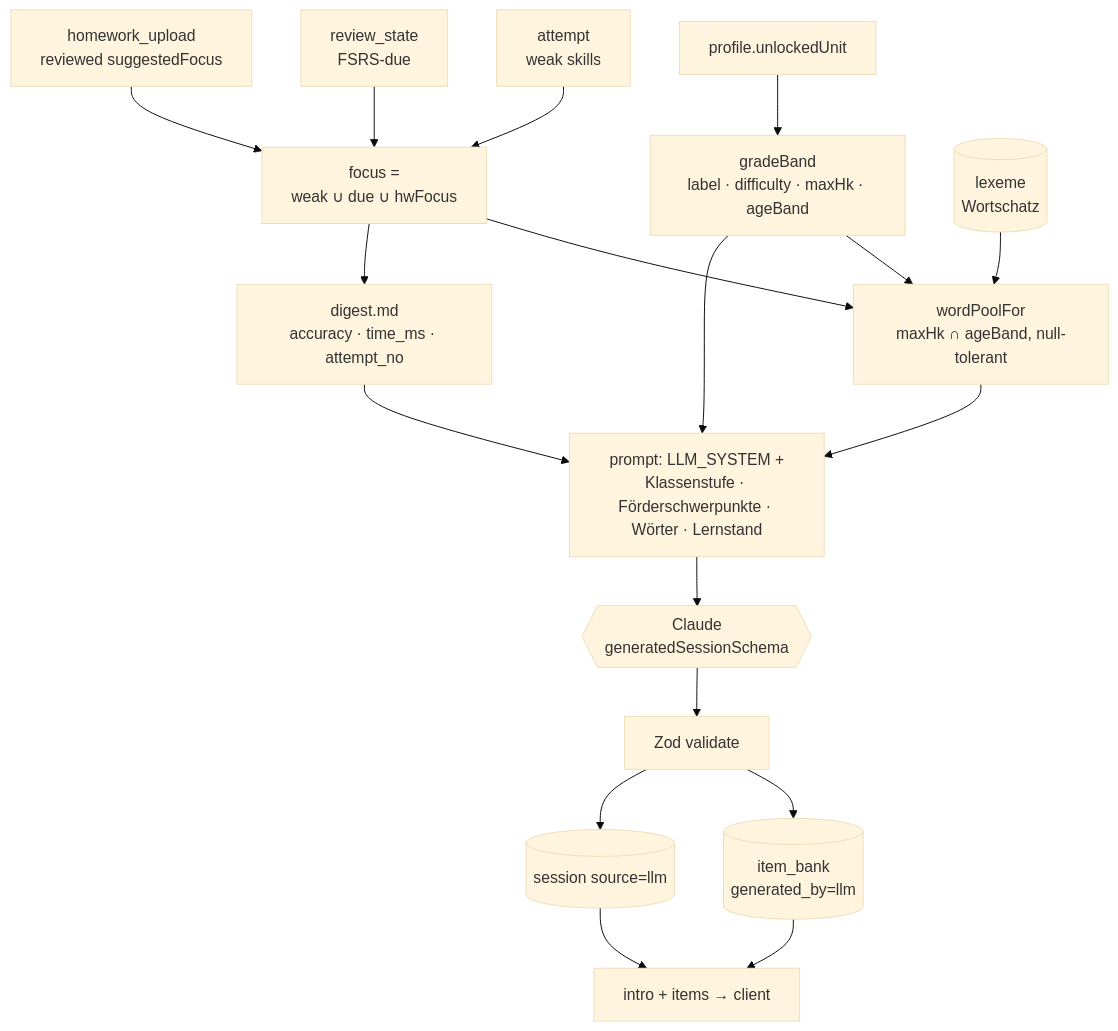
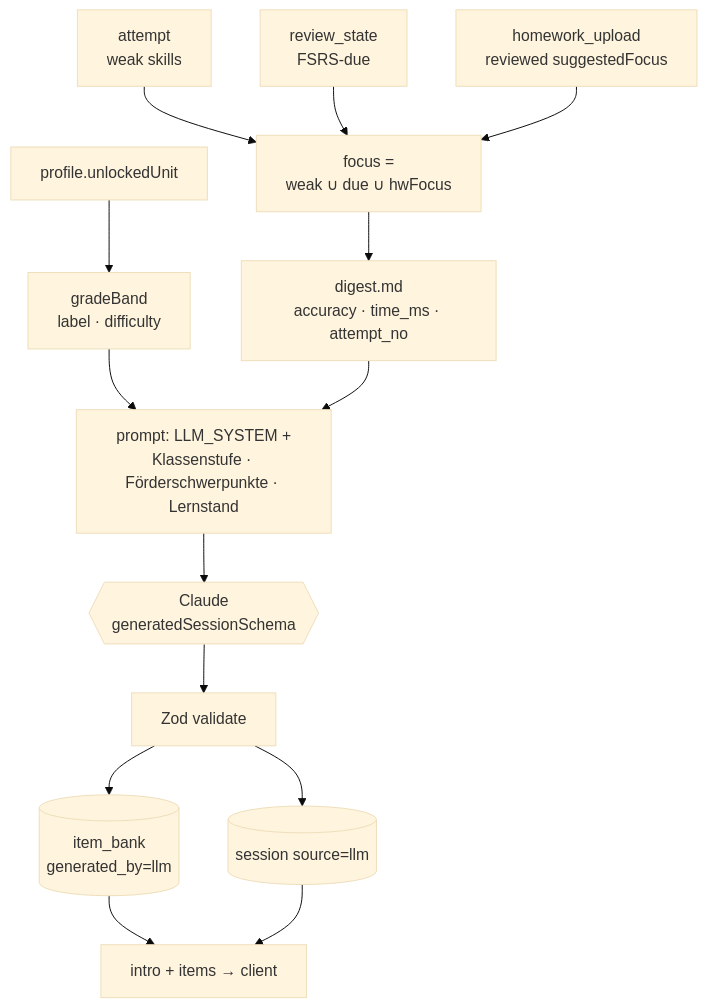
One commit to floortner/knorp changed the first of 2 diagrams in besserlesenschreiben/backend/SPEC.md. Above: the diagram before and after it, drawn with Mermaid (base theme). The commit also changed other lines of this file and 66 other files, not shown here.

````diff
--- a/besserlesenschreiben/backend/SPEC.md
+++ b/besserlesenschreiben/backend/SPEC.md
@@ -536,20 +499,16 @@
 ```mermaid
 flowchart TD
   A[attempt<br/>weak skills] --> F[focus =<br/>weak ∪ due ∪ hwFocus]
   R[review_state<br/>FSRS-due] --> F
   H[homework_upload<br/>reviewed suggestedFocus] --> F
-  U[profile.unlockedUnit] --> GB[gradeBand<br/>label · difficulty · maxHk · ageBand]
-  F --> WP[wordPoolFor<br/>maxHk ∩ ageBand, null-tolerant]
-  GB --> WP
-  L[(lexeme<br/>Wortschatz)] --> WP
+  U[profile.unlockedUnit] --> GB[gradeBand<br/>label · difficulty]
   F --> D[digest.md<br/>accuracy · time_ms · attempt_no]
-  GB --> P[prompt: LLM_SYSTEM +<br/>Klassenstufe · Förderschwerpunkte · Wörter · Lernstand]
-  WP --> P
+  GB --> P[prompt: LLM_SYSTEM +<br/>Klassenstufe · Förderschwerpunkte · Lernstand]
   D --> P
   P --> C{{Claude<br/>generatedSessionSchema}}
   C --> Z[Zod validate]
   Z --> IB[(item_bank<br/>generated_by=llm)]
   Z --> S[(session source=llm)]
   IB --> OUT[intro + items → client]
   S --> OUT
 ```
````
